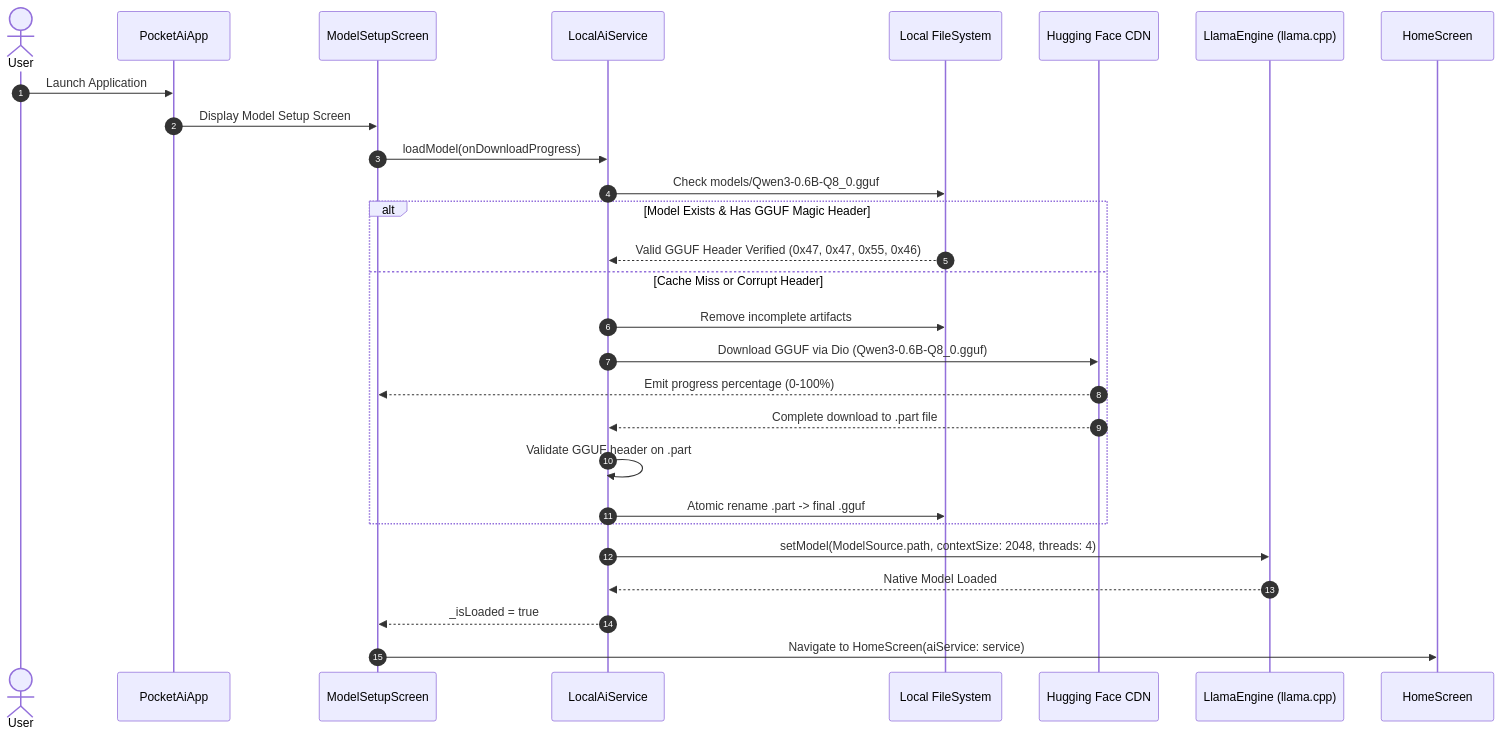
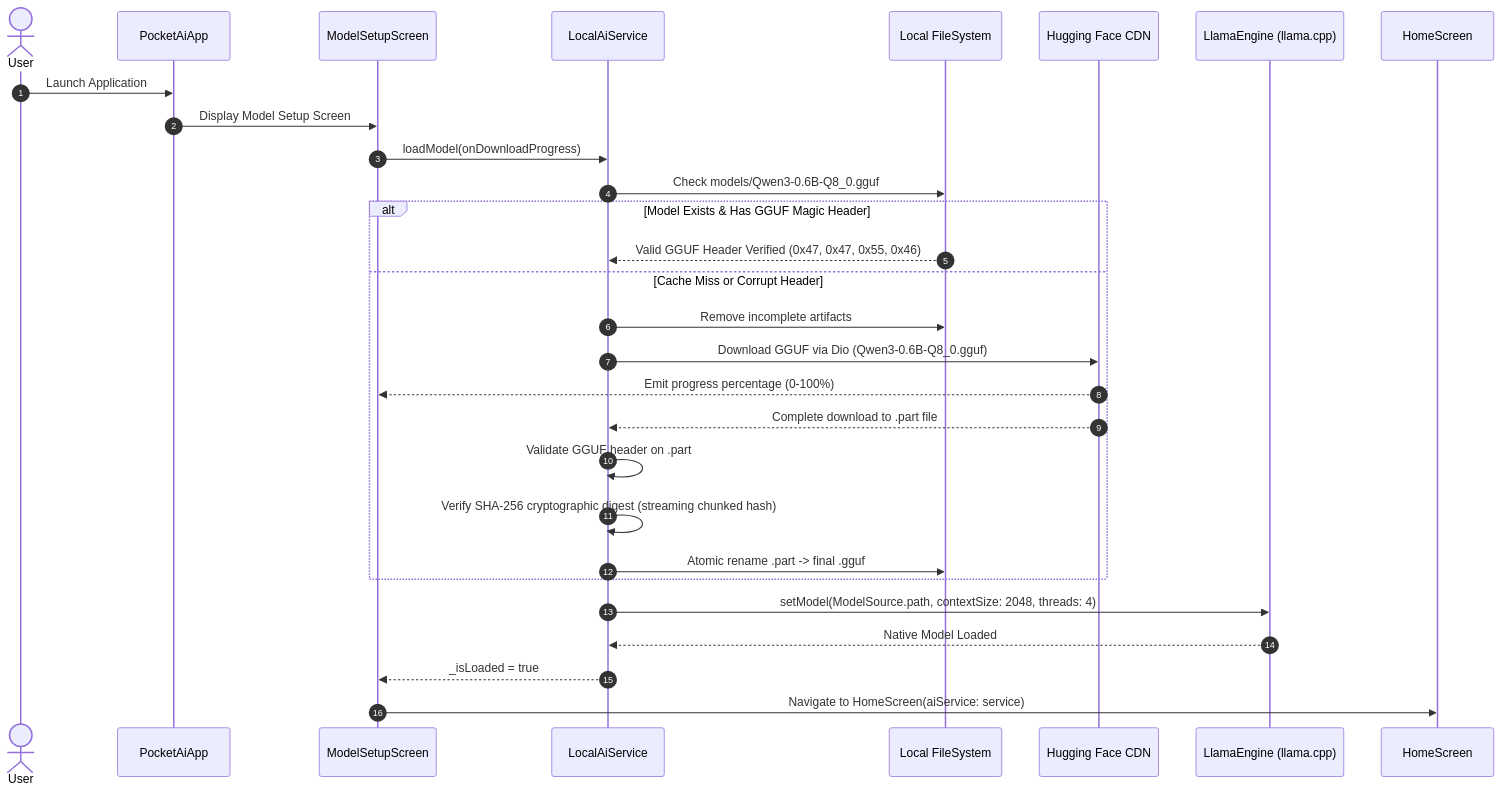
The second of 5 diagrams in docs/architecture.md (SubramanyaKS/PocketAI), drawn with Mermaid before and after one commit. The commit also changed other lines of this file and 14 other files, not shown here.

````diff
--- a/docs/architecture.md
+++ b/docs/architecture.md
@@ -105,33 +105,34 @@
 ```mermaid
 sequenceDiagram
     autonumber
     actor User
     participant App as PocketAiApp
     participant Setup as ModelSetupScreen
     participant Service as LocalAiService
     participant FS as Local FileSystem
     participant HF as Hugging Face CDN
     participant Engine as LlamaEngine (llama.cpp)
     participant Home as HomeScreen
 
     User->>App: Launch Application
     App->>Setup: Display Model Setup Screen
     Setup->>Service: loadModel(onDownloadProgress)
     Service->>FS: Check models/Qwen3-0.6B-Q8_0.gguf
     
     alt Model Exists & Has GGUF Magic Header
         FS-->>Service: Valid GGUF Header Verified (0x47, 0x47, 0x55, 0x46)
     else Cache Miss or Corrupt Header
         Service->>FS: Remove incomplete artifacts
         Service->>HF: Download GGUF via Dio (Qwen3-0.6B-Q8_0.gguf)
         HF-->>Setup: Emit progress percentage (0-100%)
         HF-->>Service: Complete download to .part file
         Service->>Service: Validate GGUF header on .part
+        Service->>Service: Verify SHA-256 cryptographic digest (streaming chunked hash)
         Service->>FS: Atomic rename .part -> final .gguf
     end
 
     Service->>Engine: setModel(ModelSource.path, contextSize: 2048, threads: 4)
     Engine-->>Service: Native Model Loaded
     Service-->>Setup: _isLoaded = true
     Setup->>Home: Navigate to HomeScreen(aiService: service)
 ```
````
